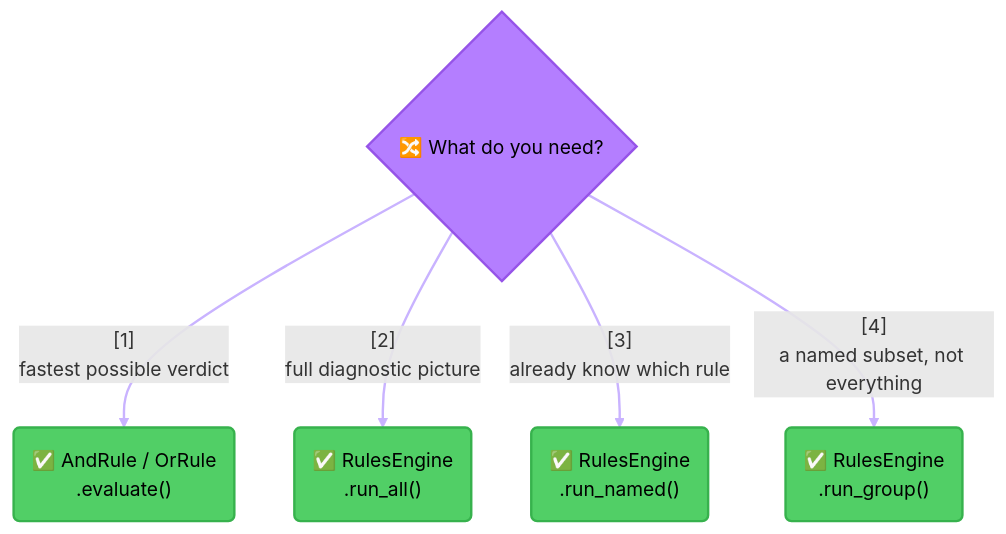
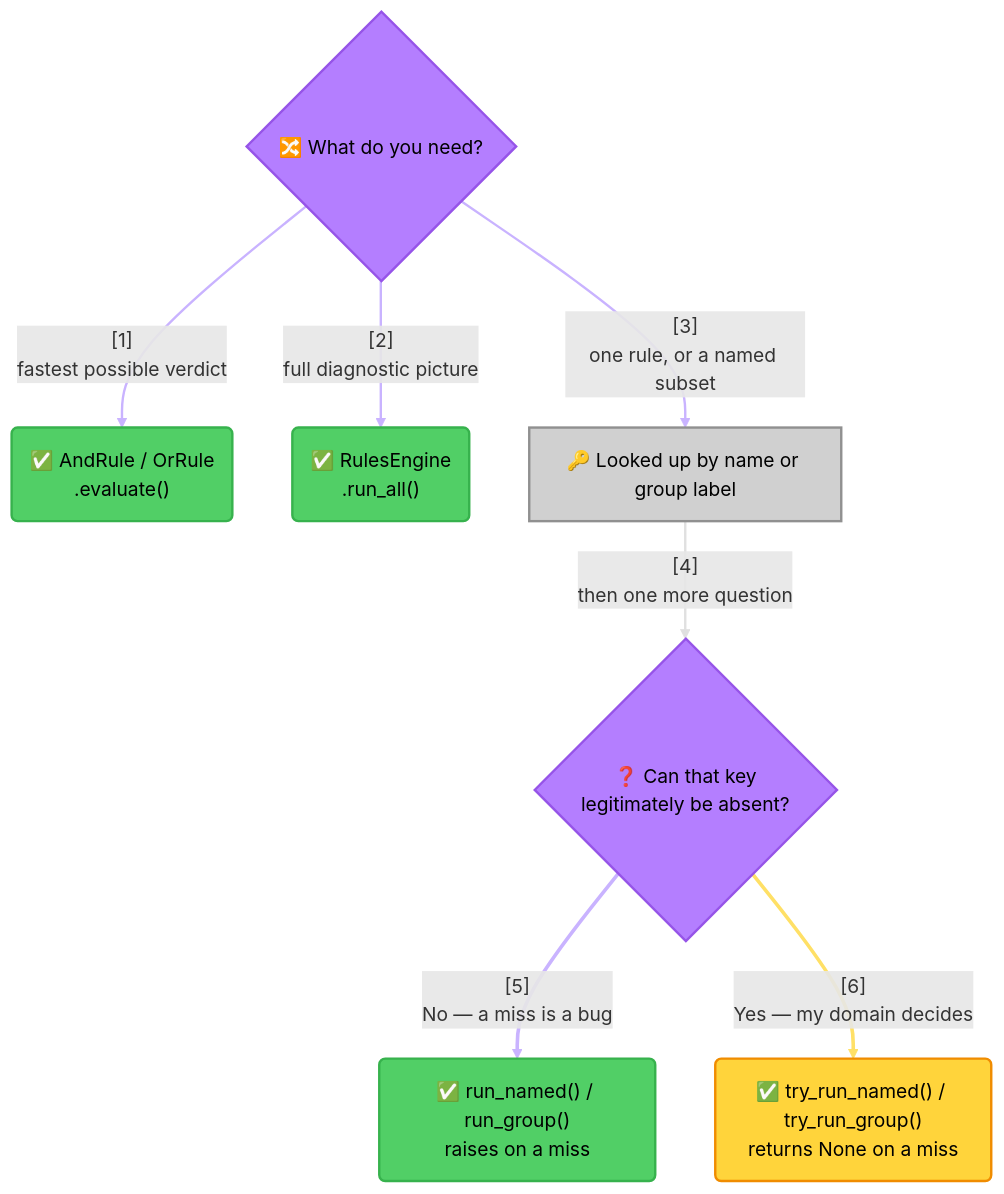
Before and after one commit to pawan-vyas/verdict-rules: the fourth of 4 diagrams in docs/architecture.md, drawn with Mermaid. The commit also changed other lines of this file and 19 other files, not shown here.

````diff
--- a/docs/architecture.md
+++ b/docs/architecture.md
@@ -253,33 +257,45 @@
 ```mermaid
 graph TB
     Need{"🔀 What do you need?"}
     UseComposite("✅ AndRule / OrRule<br/>.evaluate()")
     UseRunAll("✅ RulesEngine<br/>.run_all()")
-    UseRunNamed("✅ RulesEngine<br/>.run_named()")
-    UseRunGroup("✅ RulesEngine<br/>.run_group()")
+    ByKey["🔑 Looked up by name or group label"]
+    Absent{"❓ Can that key<br/>legitimately be absent?"}
+    UseStrict("✅ run_named() / run_group()<br/>raises on a miss")
+    UseTry("✅ try_run_named() / try_run_group()<br/>returns None on a miss")
 
     %% Link 0: Need -> UseComposite
     Need -->|"[1]<br/>fastest possible verdict"| UseComposite
     %% Link 1: Need -> UseRunAll
     Need -->|"[2]<br/>full diagnostic picture"| UseRunAll
-    %% Link 2: Need -> UseRunNamed
-    Need -->|"[3]<br/>already know which rule"| UseRunNamed
-    %% Link 3: Need -> UseRunGroup
-    Need -->|"[4]<br/>a named subset, not everything"| UseRunGroup
+    %% Link 2: Need -> ByKey
+    Need -->|"[3]<br/>one rule, or a named subset"| ByKey
+    %% Link 3: ByKey -> Absent
+    ByKey -->|"[4]<br/>then one more question"| Absent
+    %% Link 4: Absent -> UseStrict
+    Absent -->|"[5]<br/>No — a miss is a bug"| UseStrict
+    %% Link 5: Absent -> UseTry
+    Absent -->|"[6]<br/>Yes — my domain decides"| UseTry
 
     style Need fill:#B47EFF,stroke:#9654E8,stroke-width:2px,color:#000
+    style Absent fill:#B47EFF,stroke:#9654E8,stroke-width:2px,color:#000
+    style ByKey fill:#D0D0D0,stroke:#909090,stroke-width:2px,color:#000
     style UseComposite fill:#51CF66,stroke:#37B24D,stroke-width:2px,color:#000
     style UseRunAll fill:#51CF66,stroke:#37B24D,stroke-width:2px,color:#000
-    style UseRunNamed fill:#51CF66,stroke:#37B24D,stroke-width:2px,color:#000
-    style UseRunGroup fill:#51CF66,stroke:#37B24D,stroke-width:2px,color:#000
+    style UseStrict fill:#51CF66,stroke:#37B24D,stroke-width:2px,color:#000
+    style UseTry fill:#FFD43B,stroke:#F08C00,stroke-width:2px,color:#000
 
     %% Link Index:
     %% 0: a fast yes/no reaches for a composite's own evaluate()
     %% 1: a full per-rule breakdown reaches for run_all()
-    %% 2: a single already-known rule reaches for run_named()
-    %% 3: a named subset of a larger rule set reaches for run_group()
+    %% 2: anything looked up by key goes through one more decision
+    %% 3: that decision is about absence, not about which run mode
+    %% 4: absence is a bug -> the strict form, which says so immediately
+    %% 5: absence is expected -> the try_ form, and the caller decides
     linkStyle 0 stroke:#C9B3FF,stroke-width:2px
     linkStyle 1 stroke:#C9B3FF,stroke-width:2px
     linkStyle 2 stroke:#C9B3FF,stroke-width:2px
-    linkStyle 3 stroke:#C9B3FF,stroke-width:2px
+    linkStyle 3 stroke:#E0E0E0,stroke-width:2px
+    linkStyle 4 stroke:#C9B3FF,stroke-width:3px
+    linkStyle 5 stroke:#FFE066,stroke-width:3px
 ```
````
